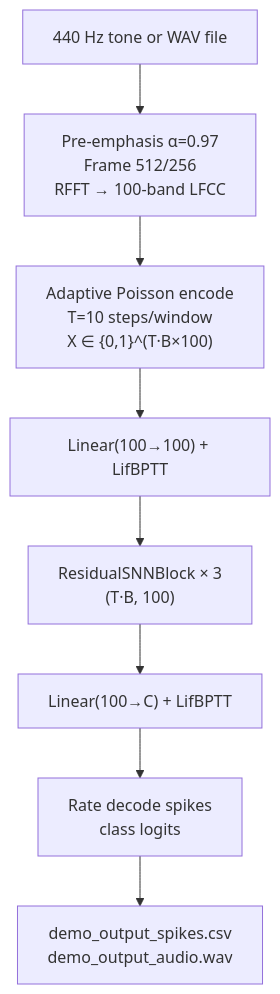
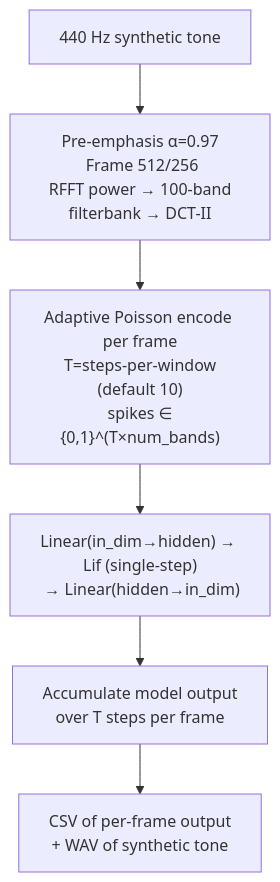
One commit to ensismoebius/doutorado changed the diagram in software/nn/.wiki/Demos/snn-speaker-demo.md. Above: the diagram before and after it, drawn with Mermaid. The commit also changed other lines of this file and 34 other files, not shown here.

````diff
--- a/software/nn/.wiki/Demos/snn-speaker-demo.md
+++ b/software/nn/.wiki/Demos/snn-speaker-demo.md
@@ -43,10 +62,8 @@
 ```mermaid
 flowchart TD
-    A["440 Hz tone or WAV file"] --> B["Pre-emphasis α=0.97\n Frame 512/256\n RFFT → 100-band LFCC"]
-    B --> C["Adaptive Poisson encode\n T=10 steps/window\n X ∈ {0,1}^(T·B×100)"]
-    C --> D["Linear(100→100) + LifBPTT"]
-    D --> E["ResidualSNNBlock × 3\n (T·B, 100)"]
-    E --> F["Linear(100→C) + LifBPTT"]
-    F --> G["Rate decode spikes\n class logits"]
-    G --> H["demo_output_spikes.csv\n demo_output_audio.wav"]
+    A["440 Hz synthetic tone"] --> B["Pre-emphasis α=0.97\n Frame 512/256\n RFFT power → 100-band filterbank → DCT-II"]
+    B --> C["Adaptive Poisson encode per frame\n T=steps-per-window (default 10)\n spikes ∈ {0,1}^(T×num_bands)"]
+    C --> D["Linear(in_dim→hidden) → Lif (single-step)\n → Linear(hidden→in_dim)"]
+    D --> E["Accumulate model output\n over T steps per frame"]
+    E --> F["CSV of per-frame output\n + WAV of synthetic tone"]
 ```
````
